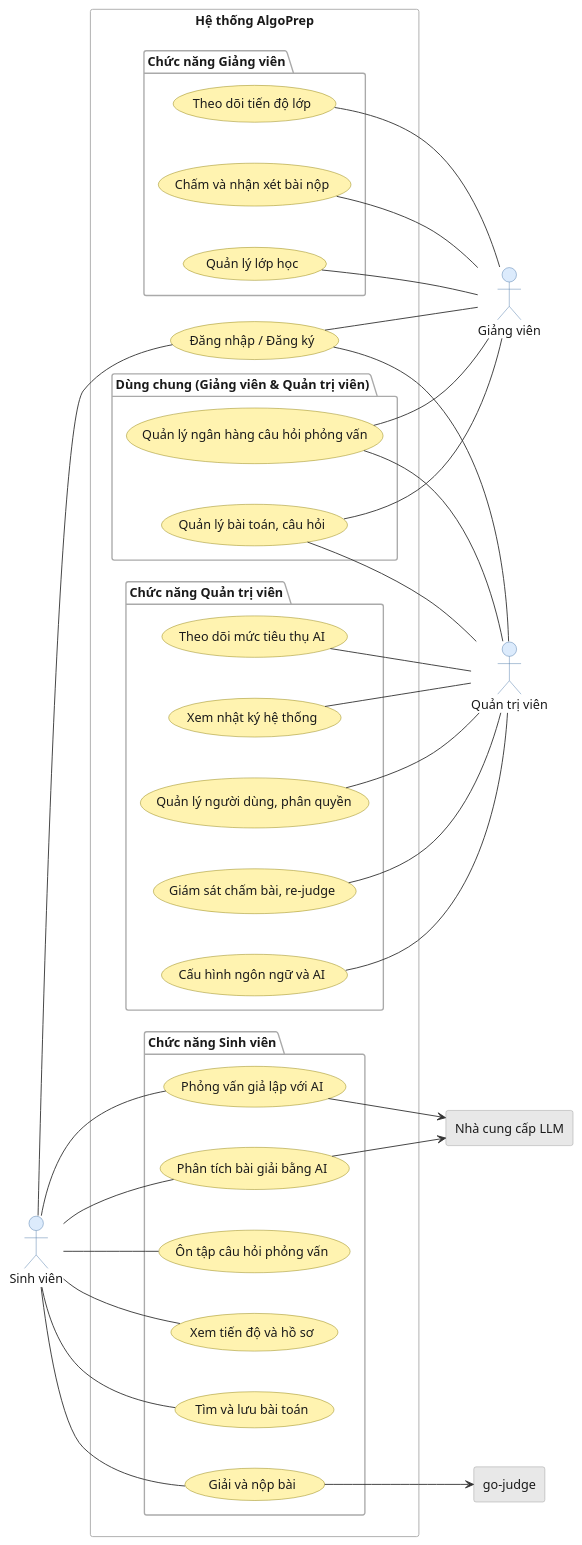
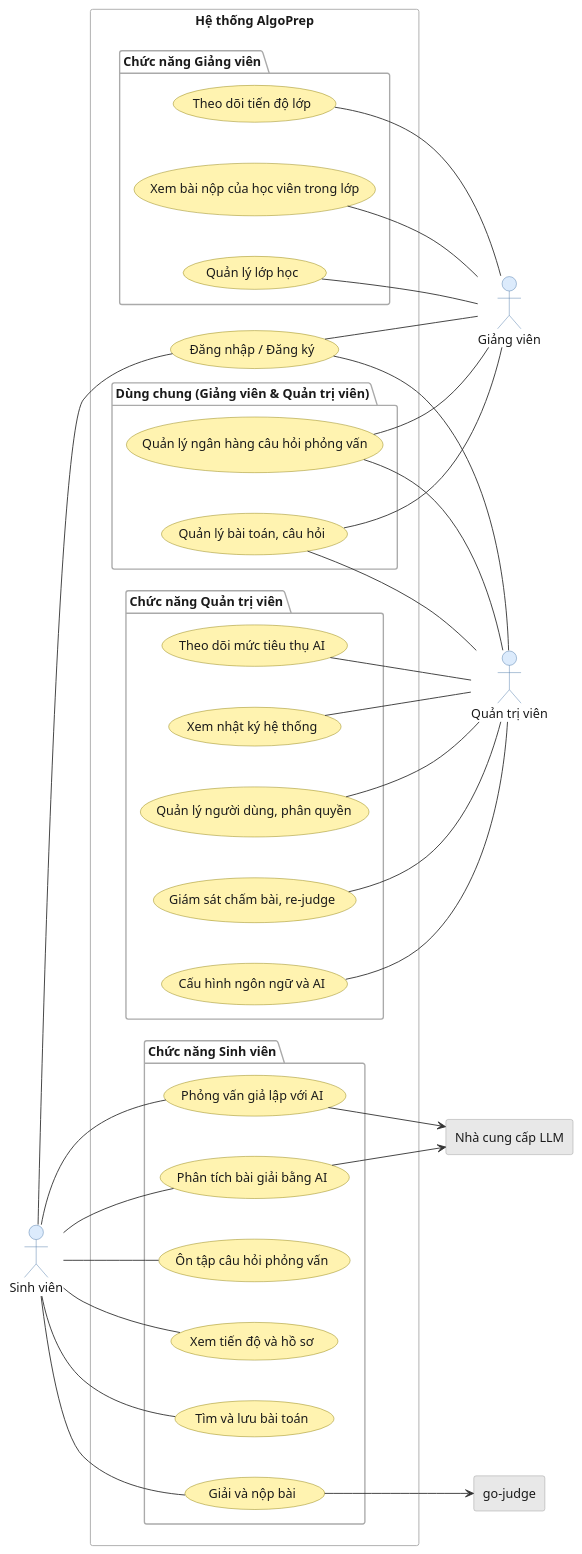
Before and after one commit to daiphu1801/PRJ_ALGOPREP: the diagram in 08-diagram/usecase/usecase_tong_quan_actor.puml, drawn with PlantUML. The commit also changed 458 other files, not shown here.

```diff
--- a/08-diagram/usecase/usecase_tong_quan_actor.puml
+++ b/08-diagram/usecase/usecase_tong_quan_actor.puml
@@ -1,96 +1,96 @@
 @startuml usecase_tong_quan_actor
 ' Use case tong quan AlgoPrep - actor la hinh nguoi (stick figure).
 ' Cat use case theo man hinh that co trong prototype 05-coding/frontend/src/app.
 skinparam shadowing false
 skinparam backgroundColor #FFFFFF
 skinparam defaultFontName "Segoe UI"
 skinparam nodesep 45
 skinparam ranksep 70
 left to right direction
 
 skinparam actor {
   BackgroundColor #DCEBFC
   BorderColor #4A76A8
   FontColor #1A1A1A
 }
 skinparam usecase {
   BackgroundColor #FFF3B0
   BorderColor #8C7B00
   FontColor #1A1A1A
 }
 skinparam rectangle {
   BackgroundColor #F7F7F7
   BorderColor #999999
   FontColor #1A1A1A
 }
 skinparam package {
   BackgroundColor #FFFFFF
   BorderColor #AAAAAA
   FontColor #1A1A1A
 }
 skinparam ArrowColor #333333
 
 actor "Sinh viên" as a1
 
 rectangle "Hệ thống AlgoPrep" {
   usecase "Đăng nhập / Đăng ký" as u14
   package "Chức năng Sinh viên" {
     usecase "Tìm và lưu bài toán" as u1
     usecase "Giải và nộp bài" as u2
     usecase "Phân tích bài giải bằng AI" as u3
     usecase "Phỏng vấn giả lập với AI" as u4
     usecase "Ôn tập câu hỏi phỏng vấn" as u5
     usecase "Xem tiến độ và hồ sơ" as u6
   }
   package "Chức năng Giảng viên" {
     usecase "Quản lý lớp học" as u7
     usecase "Theo dõi tiến độ lớp" as u8
-    usecase "Chấm và nhận xét bài nộp" as u9
+    usecase "Xem bài nộp của học viên trong lớp" as u9
   }
   package "Dùng chung (Giảng viên & Quản trị viên)" {
     usecase "Quản lý bài toán, câu hỏi" as u10
     usecase "Quản lý ngân hàng câu hỏi phỏng vấn" as u17
   }
   package "Chức năng Quản trị viên" {
     usecase "Quản lý người dùng, phân quyền" as u11
     usecase "Giám sát chấm bài, re-judge" as u12
     usecase "Cấu hình ngôn ngữ và AI" as u13
     usecase "Theo dõi mức tiêu thụ AI" as u15
     usecase "Xem nhật ký hệ thống" as u16
   }
 }
 
 actor "Giảng viên" as a2
 actor "Quản trị viên" as a3
 rectangle "go-judge" as s1 #E8E8E8
 rectangle "Nhà cung cấp LLM" as s2 #E8E8E8
 
 a1 -- u14
 a2 -- u14
 a3 -- u14
 
 a1 -- u1
 a1 -- u2
 a1 -- u3
 a1 -- u4
 a1 -- u5
 a1 -- u6
 
 u7 -- a2
 u8 -- a2
 u9 -- a2
 u10 -- a2
 u17 -- a2
 
 u10 -- a3
 u17 -- a3
 u11 -- a3
 u12 -- a3
 u13 -- a3
 u15 -- a3
 u16 -- a3
 
 u2 --> s1
 u3 --> s2
 u4 --> s2
 @enduml
```
